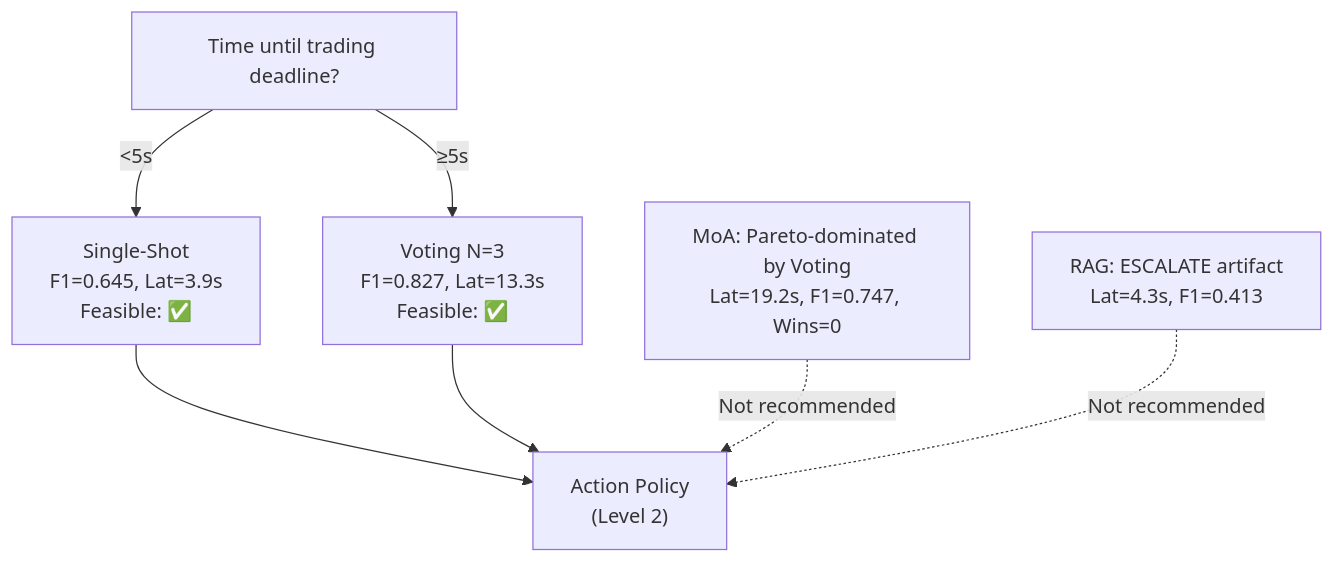
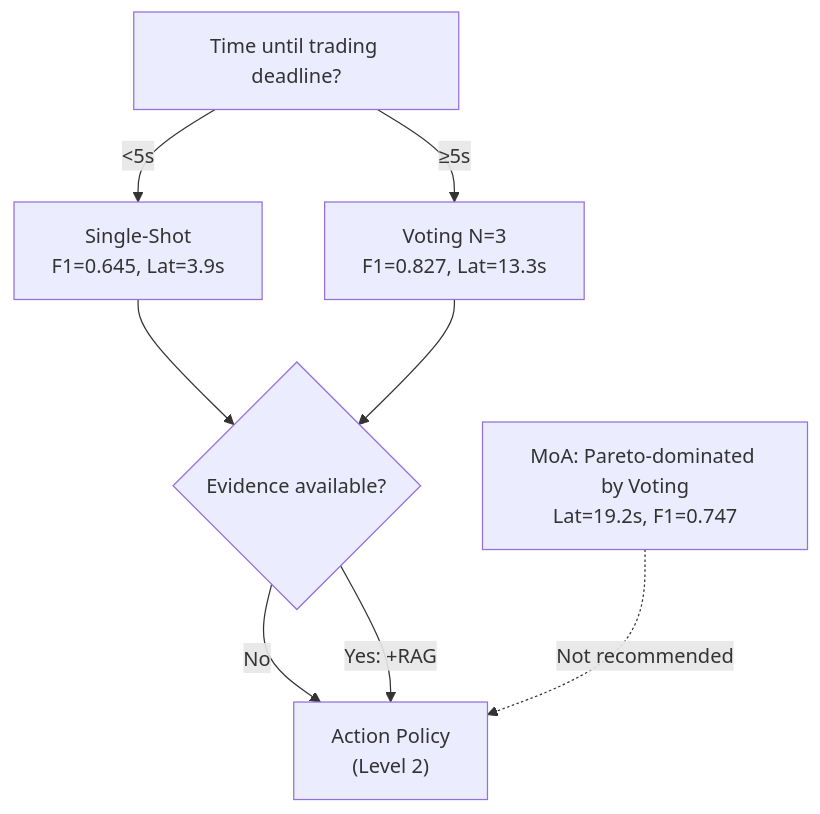
The third of 5 diagrams in docs/meeting_evidence_map.md (gitmichaelqiu/LLMMisinfoClassification), drawn with Mermaid before and after one commit. The commit also changed other lines of this file and 1 other file, not shown here.

Commit message:
docs: reframe RAG from standalone architecture to evidence-augmentation factor

````diff
--- a/docs/meeting_evidence_map.md
+++ b/docs/meeting_evidence_map.md
@@ -280,10 +310,11 @@
 ```mermaid
 flowchart TD
     Q["Time until trading deadline?"]
-    Q -->|"<5s"| SS["Single-Shot<br>F1=0.645, Lat=3.9s<br>Feasible: ✅"]
-    Q -->|"≥5s"| V3["Voting N=3<br>F1=0.827, Lat=13.3s<br>Feasible: ✅"]
-    SS --> ACT["Action Policy<br>(Level 2)"]
-    V3 --> ACT
-    MOA["MoA: Pareto-dominated by Voting<br>Lat=19.2s, F1=0.747, Wins=0"] -.->|"Not recommended"| ACT
-    RAG["RAG: ESCALATE artifact<br>Lat=4.3s, F1=0.413"] -.->|"Not recommended"| ACT
+    Q -->|"<5s"| SS["Single-Shot<br>F1=0.645, Lat=3.9s"]
+    Q -->|"≥5s"| V3["Voting N=3<br>F1=0.827, Lat=13.3s"]
+    SS --> E{"Evidence available?"}
+    V3 --> E
+    E -->|"No"| ACT["Action Policy<br>(Level 2)"]
+    E -->|"Yes: +RAG"| ACT
+    MOA["MoA: Pareto-dominated by Voting<br>Lat=19.2s, F1=0.747"] -.->|"Not recommended"| ACT
 ```
````
